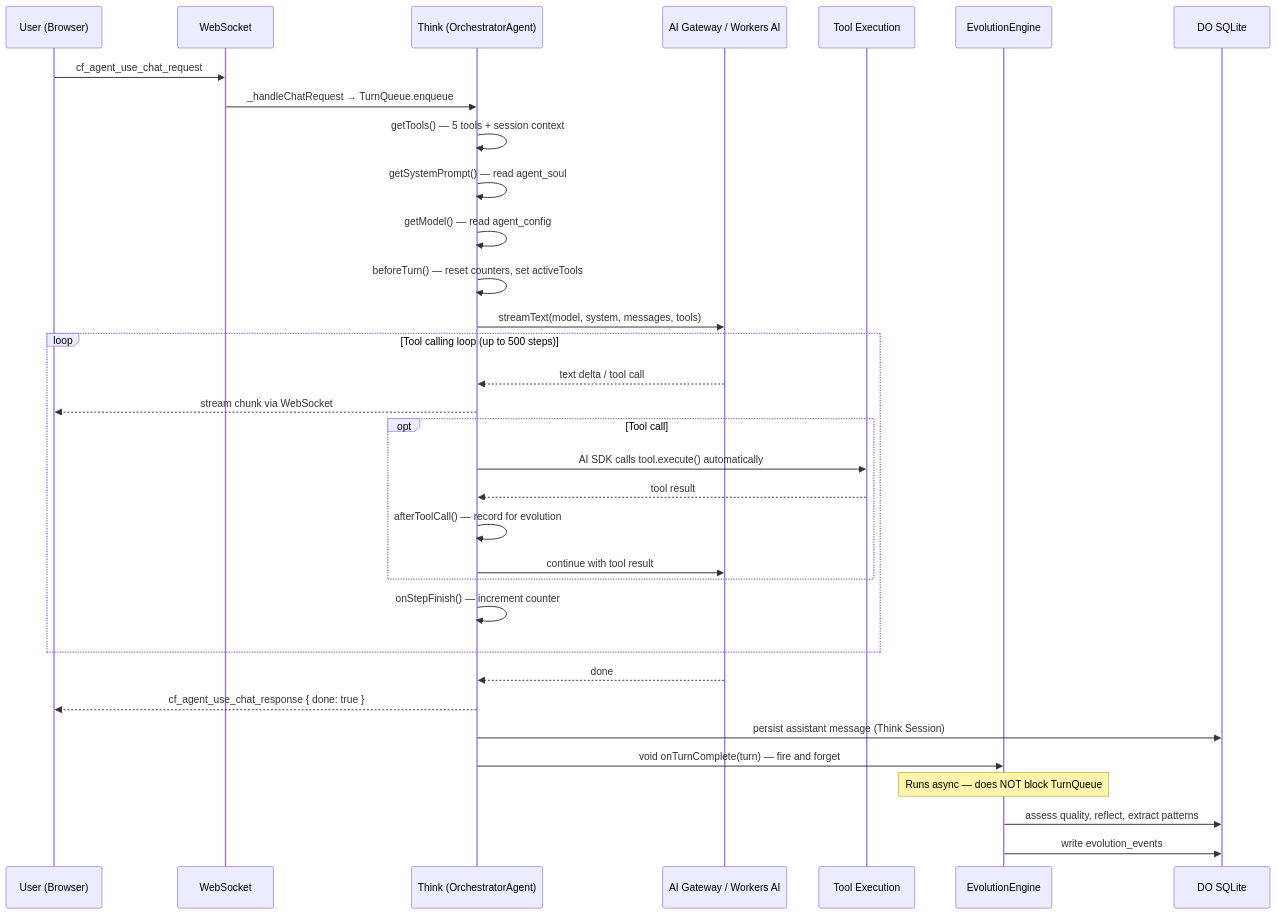
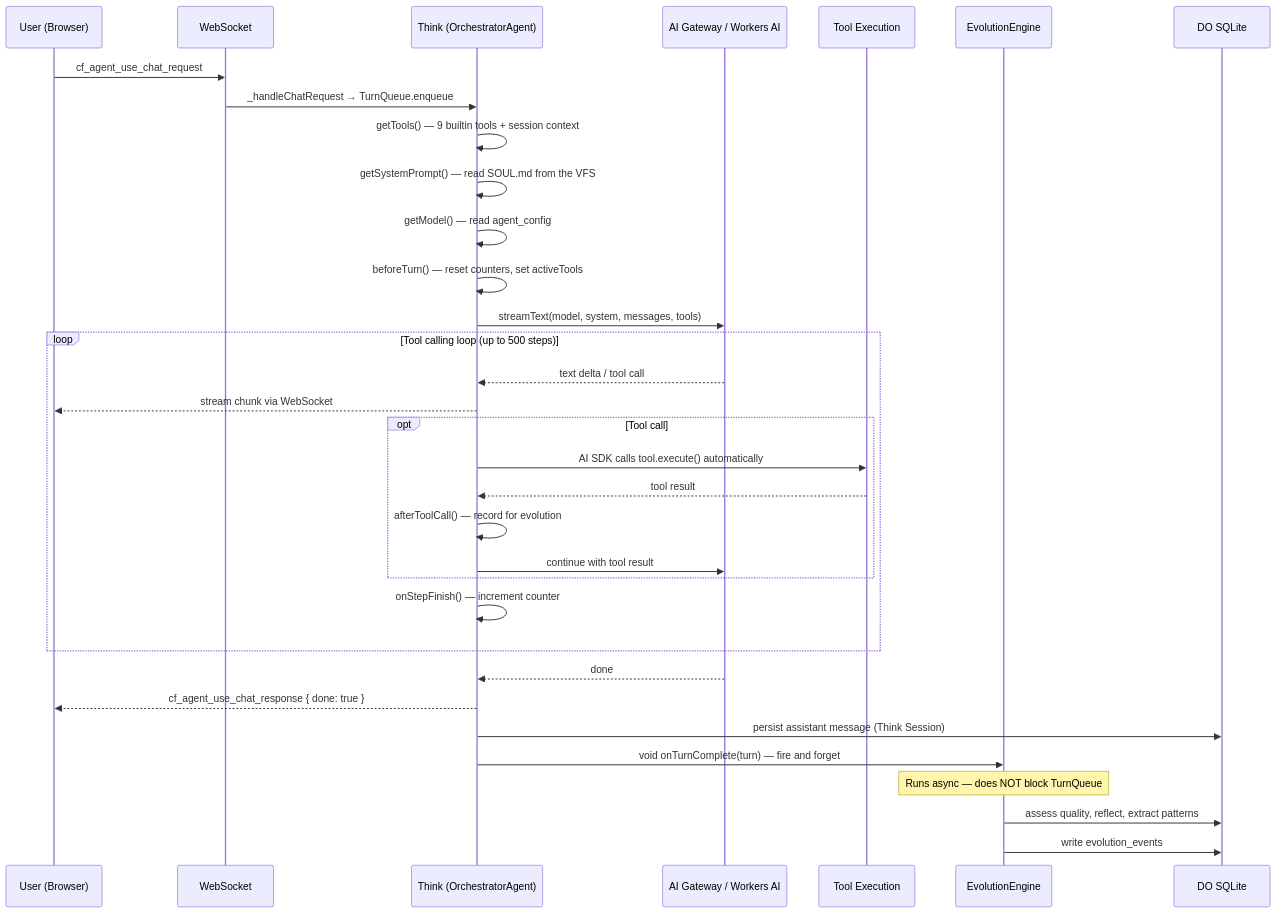
One commit to AshishKumar4/kinu changed the first of 3 diagrams in docs/ARCHITECTURE.md. Above: the diagram before and after it, drawn with Mermaid. The commit also changed other lines of this file and 564 other files, not shown here.

First line of the commit message:
feat: the cloud backend — run timeline, consolidated tools and the React surfaces

````diff
--- a/docs/ARCHITECTURE.md
+++ b/docs/ARCHITECTURE.md
@@ -73,36 +75,36 @@
 ```mermaid
 sequenceDiagram
     participant U as User (Browser)
     participant WS as WebSocket
     participant T as Think (OrchestratorAgent)
     participant LLM as AI Gateway / Workers AI
     participant Tools as Tool Execution
     participant Evo as EvolutionEngine
     participant DB as DO SQLite
 
     U->>WS: cf_agent_use_chat_request
     WS->>T: _handleChatRequest → TurnQueue.enqueue
-    T->>T: getTools() — 5 tools + session context
-    T->>T: getSystemPrompt() — read agent_soul
+    T->>T: getTools() — 9 builtin tools + session context
+    T->>T: getSystemPrompt() — read SOUL.md from the VFS
     T->>T: getModel() — read agent_config
     T->>T: beforeTurn() — reset counters, set activeTools
     T->>LLM: streamText(model, system, messages, tools)
     loop Tool calling loop (up to 500 steps)
         LLM-->>T: text delta / tool call
         T-->>U: stream chunk via WebSocket
         opt Tool call
             T->>Tools: AI SDK calls tool.execute() automatically
             Tools-->>T: tool result
             T->>T: afterToolCall() — record for evolution
             T->>LLM: continue with tool result
         end
         T->>T: onStepFinish() — increment counter
     end
     LLM-->>T: done
     T-->>U: cf_agent_use_chat_response { done: true }
     T->>DB: persist assistant message (Think Session)
     T->>Evo: void onTurnComplete(turn) — fire and forget
     Note over Evo: Runs async — does NOT block TurnQueue
     Evo->>DB: assess quality, reflect, extract patterns
     Evo->>DB: write evolution_events
 ```
````
